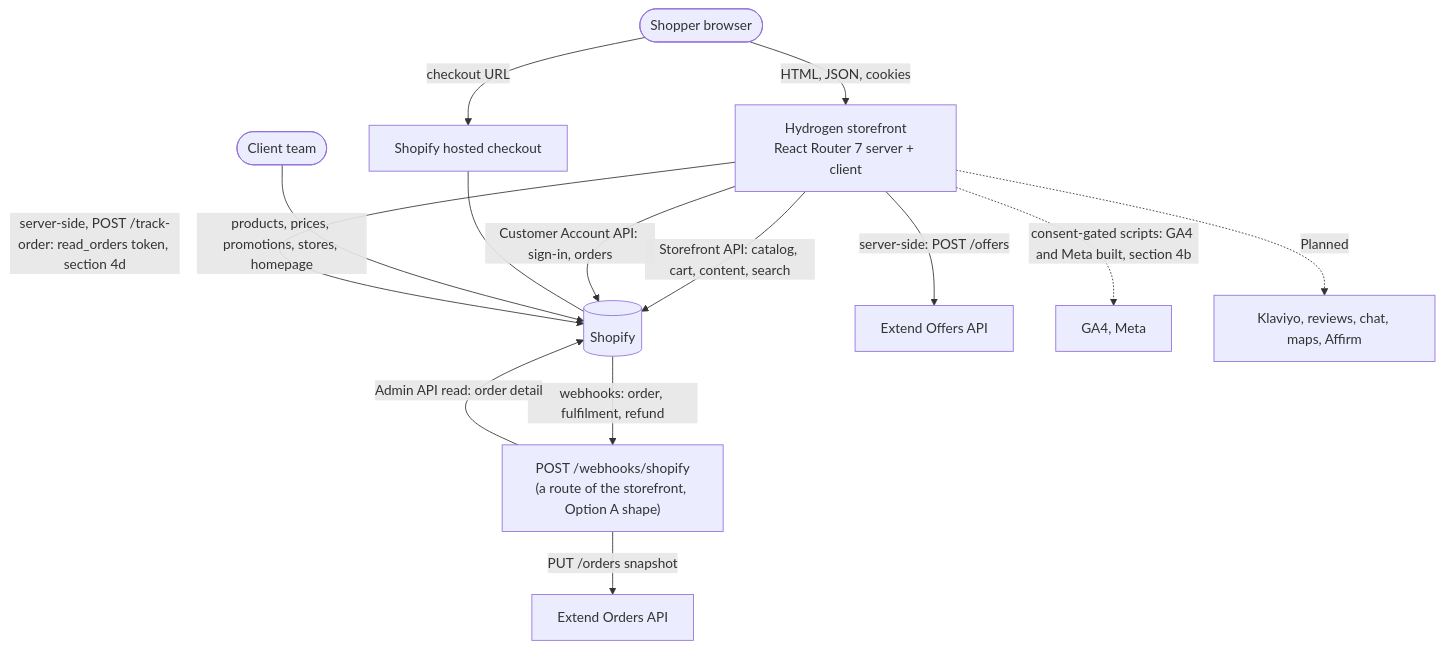
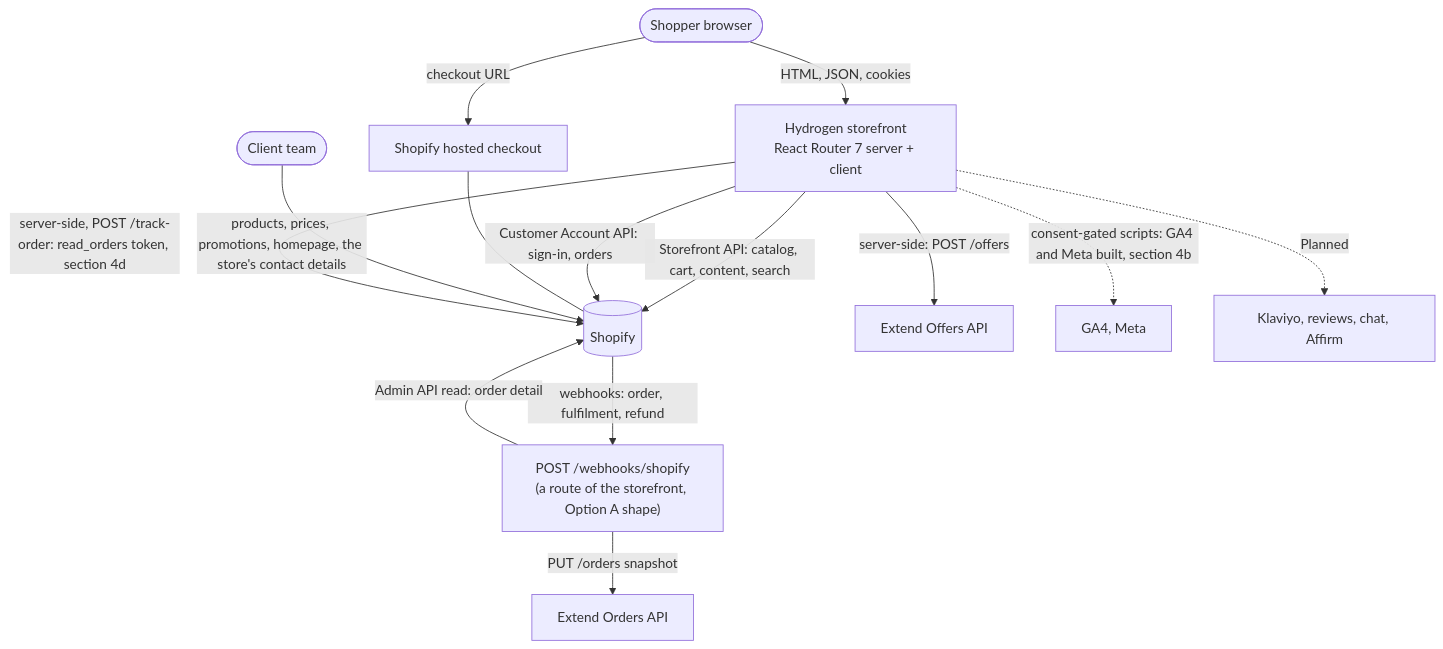
One commit to ShubhamDhimanDev/mattress-fitness changed the first of 2 diagrams in docs/architecture/ARCHITECTURE.md. Above: the diagram before and after it, drawn with Mermaid. The commit also changed other lines of this file and 49 other files, not shown here.

````diff
--- a/docs/architecture/ARCHITECTURE.md
+++ b/docs/architecture/ARCHITECTURE.md
@@ -9,16 +9,16 @@
 ```mermaid
 flowchart TB
   Shopper([Shopper browser]) -->|HTML, JSON, cookies| SF[Hydrogen storefront<br/>React Router 7 server + client]
   SF -->|Storefront API: catalog, cart, content, search| SH[(Shopify)]
   SF -->|Customer Account API: sign-in, orders| SH
   Shopper -->|checkout URL| CO[Shopify hosted checkout]
   CO --- SH
   SF -->|server-side: POST /offers| EXT[Extend Offers API]
   SH -->|webhooks: order, fulfilment, refund| WH["POST /webhooks/shopify<br/>(a route of the storefront, Option A shape)"]
   WH -->|PUT /orders snapshot| EXT2[Extend Orders API]
   WH -->|Admin API read: order detail| SH
-  Admin([Client team]) -->|products, prices, promotions, stores, homepage| SH
+  Admin([Client team]) -->|products, prices, promotions, homepage, the store's contact details| SH
   SF -.->|consent-gated scripts: GA4 and Meta built, section 4b| TP["GA4, Meta"]
-  SF -.->|Planned| TP2["Klaviyo, reviews, chat, maps, Affirm"]
+  SF -.->|Planned| TP2["Klaviyo, reviews, chat, Affirm"]
   SF -->|server-side, POST /track-order: read_orders token, section 4d| SH
 ```
````
